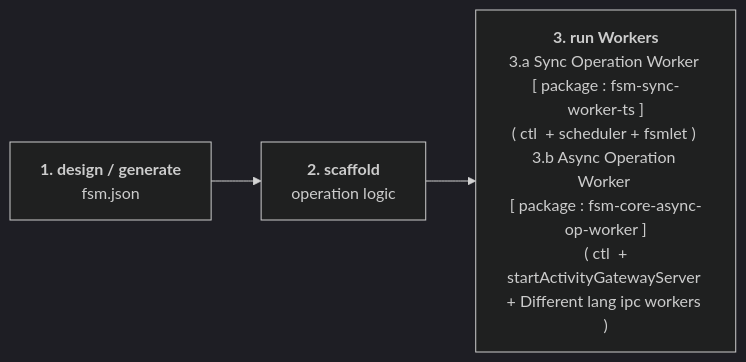
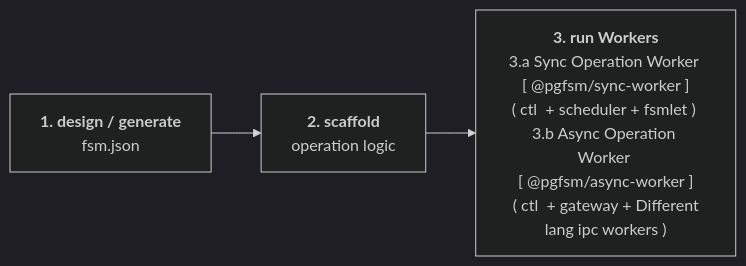
Before and after one commit to pgfsm/fsm: the diagram in README.md, drawn with Mermaid (dark theme). The commit also changed other lines of this file and 7 other files, not shown here.

````diff
--- a/README.md
+++ b/README.md
@@ -15,5 +23,5 @@
 ```mermaid
 flowchart LR
     A["<b>1. design / generate</b><br/>fsm.json"] --> B["<b>2. scaffold</b><br/>operation logic"]
-    B --> C["<b>3. run Workers</b><br>3.a Sync Operation Worker <br>[ package : fsm-sync-worker-ts ]<br>( ctl  + scheduler + fsmlet ) <br>3.b Async Operation Worker <br>[ package : fsm-core-async-op-worker ]<br> ( ctl  + startActivityGatewayServer + Different lang ipc workers )"]
+    B --> C["<b>3. run Workers</b><br>3.a Sync Operation Worker <br>[ @pgfsm/sync-worker ]<br>( ctl  + scheduler + fsmlet ) <br>3.b Async Operation Worker <br>[ @pgfsm/async-worker ]<br> ( ctl  + gateway + Different lang ipc workers )"]
 ```
````
